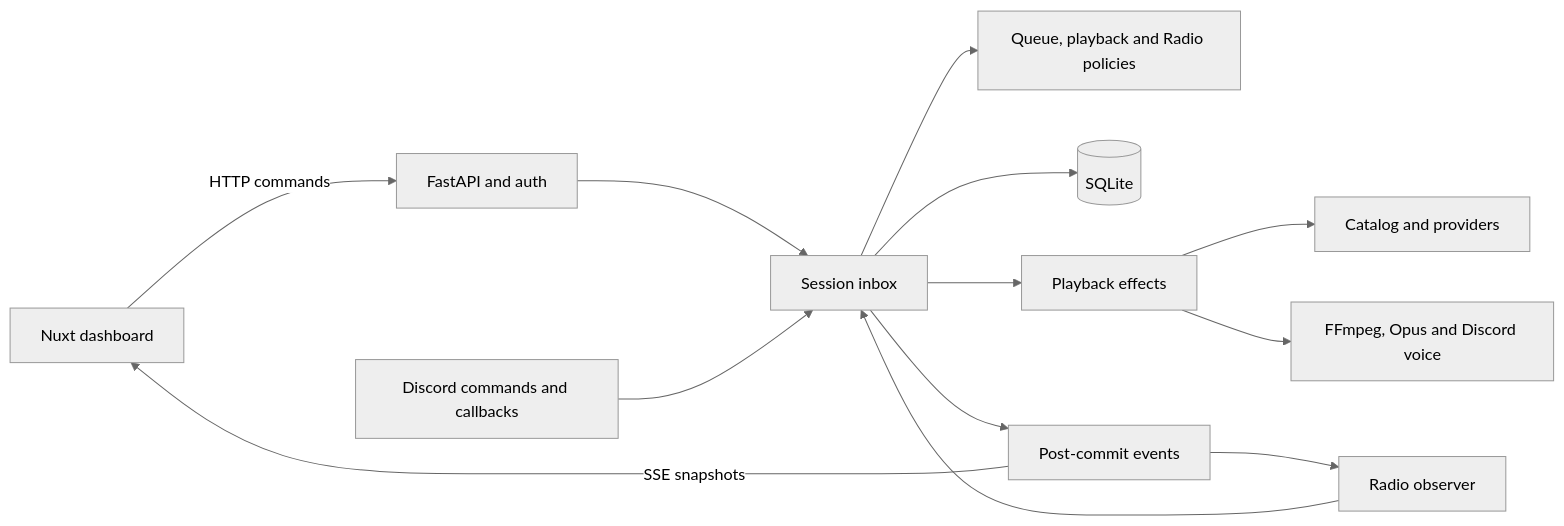
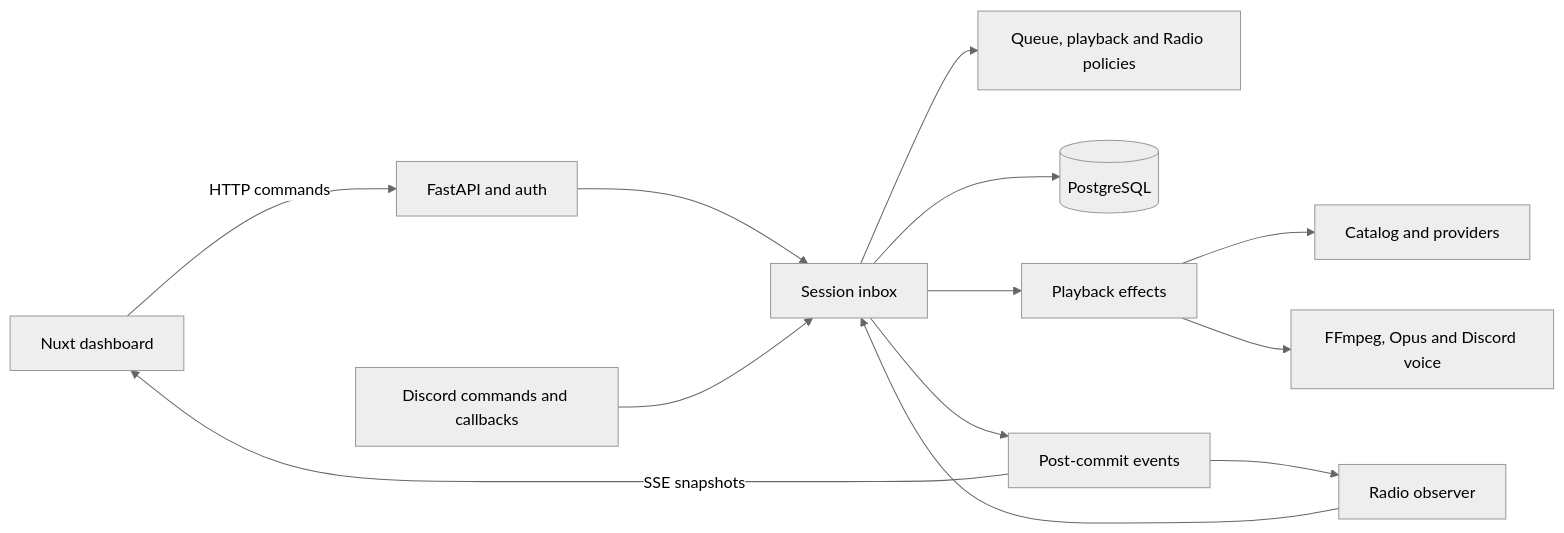
Before and after one commit to SmolBlackHole/NaHoerMaar: the first of 2 diagrams in docs/architecture.md, drawn with Mermaid (neutral theme). The commit also changed other lines of this file and 64 other files, not shown here.

Commit message:
feat(deploy): cut over to Docker and PostgreSQL

````diff
--- a/docs/architecture.md
+++ b/docs/architecture.md
@@ -24,15 +24,15 @@
 ```mermaid
 flowchart LR
     Browser[Nuxt dashboard] -->|HTTP commands| API[FastAPI and auth]
     API --> Session[Session inbox]
     Discord[Discord commands and callbacks] --> Session
     Session --> Domain[Queue, playback and Radio policies]
-    Session --> DB[(SQLite)]
+    Session --> DB[(PostgreSQL)]
     Session --> Effects[Playback effects]
     Effects --> Catalog[Catalog and providers]
     Effects --> Voice[FFmpeg, Opus and Discord voice]
     Session --> Events[Post-commit events]
     Events -->|SSE snapshots| Browser
     Events --> Radio[Radio observer]
     Radio --> Session
 ```
````
